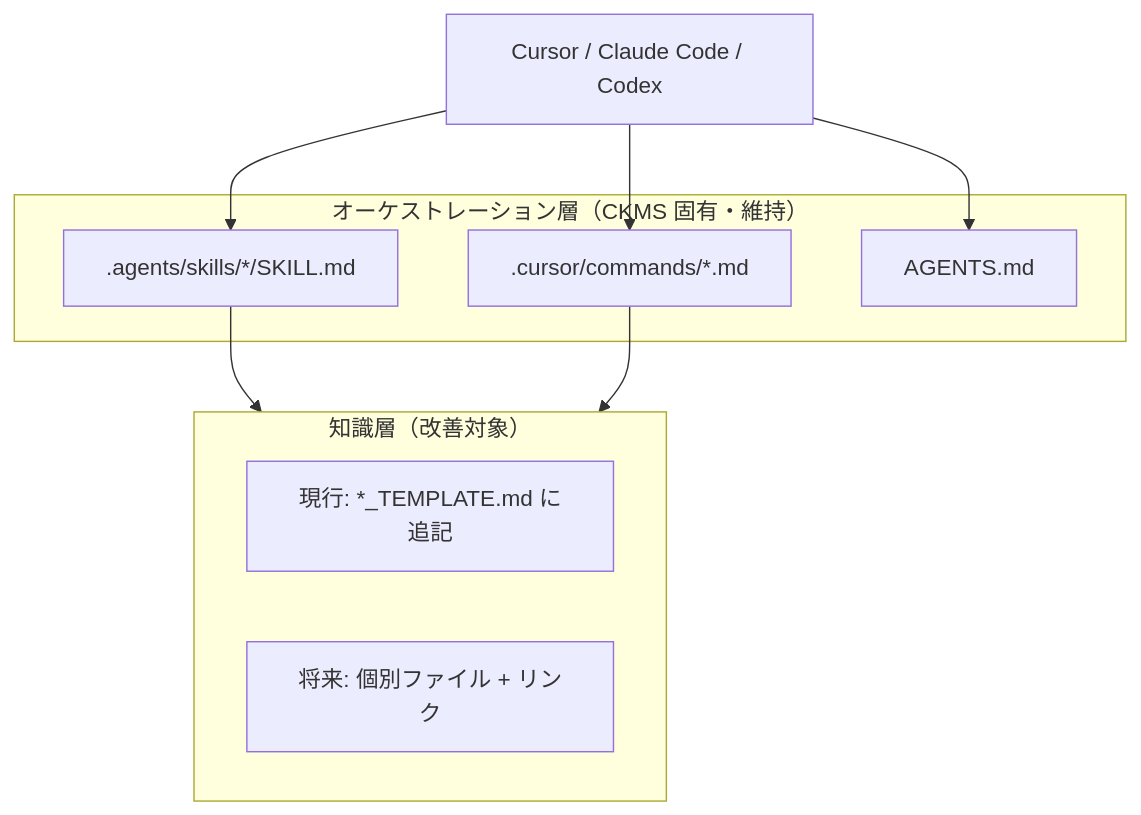
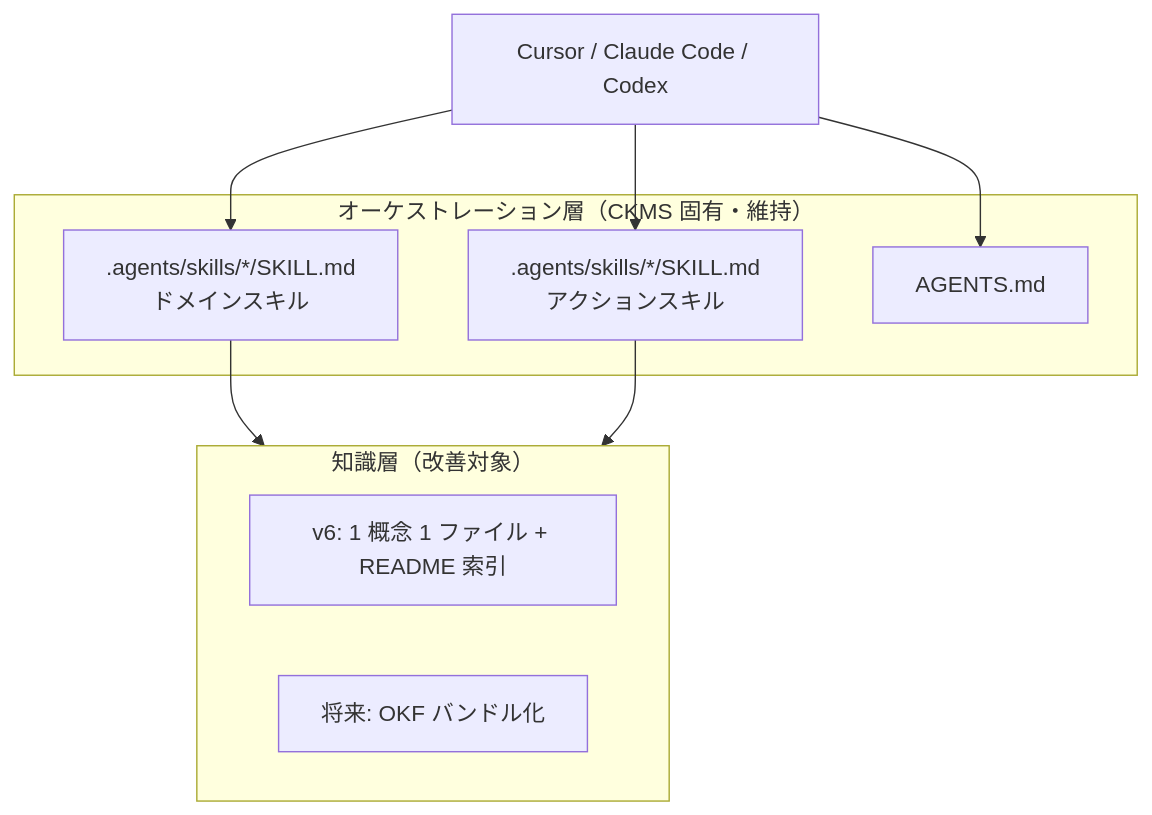
The diagram in docs/reference/okf-and-knowledge-evolution.md (shioki/Cursor-Knowledge-Management-System), drawn with Mermaid before and after one commit. The commit also changed other lines of this file and 13 other files, not shown here.

````diff
--- a/docs/reference/okf-and-knowledge-evolution.md
+++ b/docs/reference/okf-and-knowledge-evolution.md
@@ -25,19 +25,19 @@
 ```mermaid
 graph TB
     subgraph orchestration ["オーケストレーション層（CKMS 固有・維持）"]
-        Skills[".agents/skills/*/SKILL.md"]
-        Commands[".cursor/commands/*.md"]
+        Domain[".agents/skills/*/SKILL.md<br/>ドメインスキル"]
+        Action[".agents/skills/*/SKILL.md<br/>アクションスキル"]
         AgentsMd["AGENTS.md"]
     end
 
     subgraph knowledge ["知識層（改善対象）"]
-        Legacy["現行: *_TEMPLATE.md に追記"]
-        Future["将来: 個別ファイル + リンク"]
+        Current["v6: 1 概念 1 ファイル + README 索引"]
+        Future["将来: OKF バンドル化"]
     end
 
-    Agent[Cursor / Claude Code / Codex] --> Skills
-    Agent --> Commands
+    Agent[Cursor / Claude Code / Codex] --> Domain
+    Agent --> Action
     Agent --> AgentsMd
-    Skills --> knowledge
-    Commands --> knowledge
+    Domain --> knowledge
+    Action --> knowledge
 ```
````
